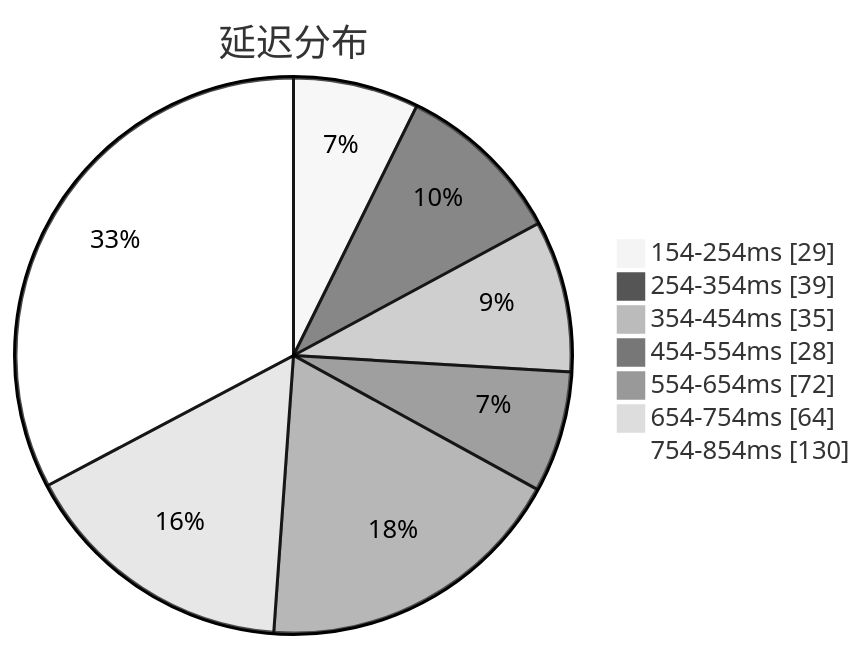
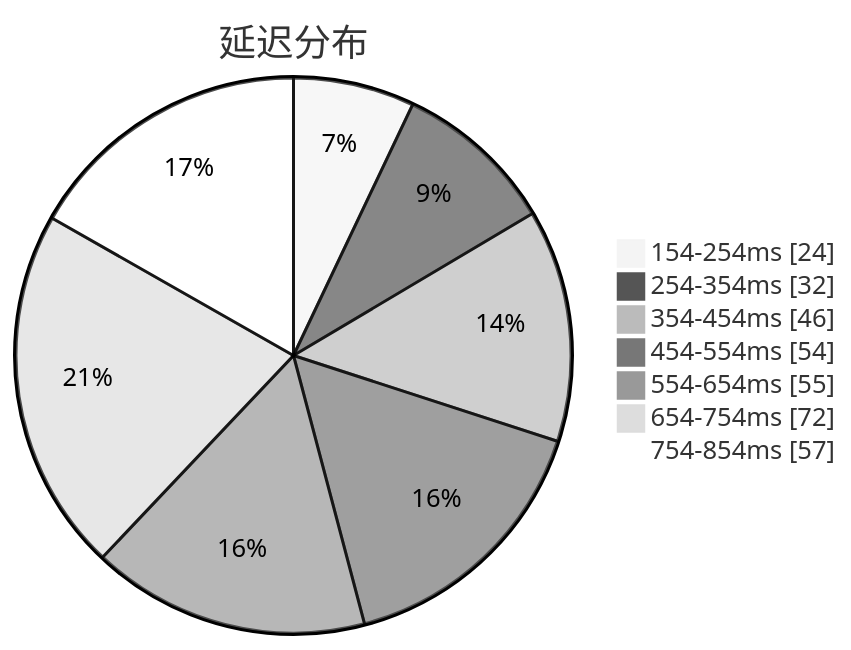
Before and after one commit to qjlxg/airport: the first of 3 diagrams in subs/statistics/tested_within.md, drawn with Mermaid (neutral theme). The commit also changed other lines of this file and 2 other files, not shown here.

````diff
--- a/subs/statistics/tested_within.md
+++ b/subs/statistics/tested_within.md
@@ -2,11 +2,11 @@
 ```mermaid
 pie showData
 title 延迟分布
-"154-254ms" : 29
-"254-354ms" : 39
-"354-454ms" : 35
-"454-554ms" : 28
-"554-654ms" : 72
-"654-754ms" : 64
-"754-854ms" : 130
+"154-254ms" : 24
+"254-354ms" : 32
+"354-454ms" : 46
+"454-554ms" : 54
+"554-654ms" : 55
+"654-754ms" : 72
+"754-854ms" : 57
 ```
````
